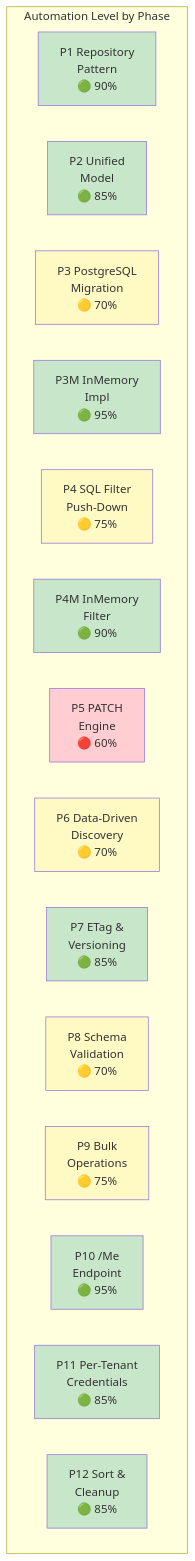
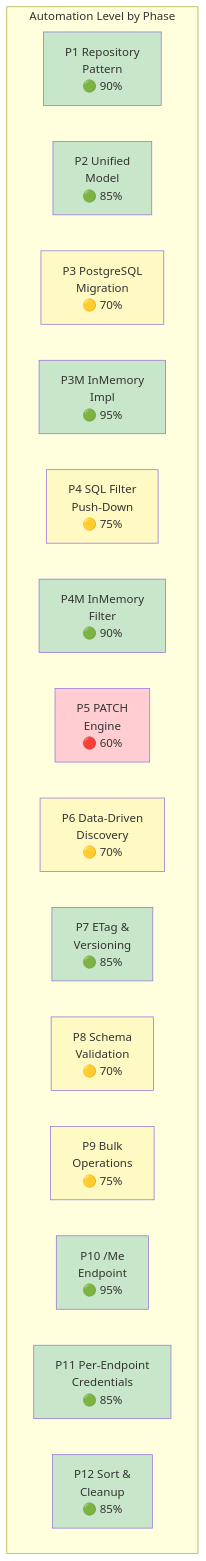
One commit to pranems/SCIMServer changed the fourth of 17 diagrams in docs/MIGRATION_AUTOMATION_STRATEGY_v1_2026-02-20.md. Above: the diagram before and after it, drawn with Mermaid. The commit also changed other lines of this file and 288 other files, not shown here.

````diff
--- a/docs/MIGRATION_AUTOMATION_STRATEGY_v1_2026-02-20.md
+++ b/docs/MIGRATION_AUTOMATION_STRATEGY_v1_2026-02-20.md
@@ -168,35 +168,35 @@
 ```mermaid
 flowchart TB
     subgraph HEATMAP["Automation Level by Phase"]
         direction LR
         P1["P1 Repository<br/>Pattern<br/>🟢 90%"]
         P2["P2 Unified<br/>Model<br/>🟢 85%"]
         P3_PG["P3 PostgreSQL<br/>Migration<br/>🟡 70%"]
         P3_MEM["P3M InMemory<br/>Impl<br/>🟢 95%"]
         P4_PG["P4 SQL Filter<br/>Push-Down<br/>🟡 75%"]
         P4_MEM["P4M InMemory<br/>Filter<br/>🟢 90%"]
         P5["P5 PATCH<br/>Engine<br/>🔴 60%"]
         P6["P6 Data-Driven<br/>Discovery<br/>🟡 70%"]
         P7["P7 ETag &<br/>Versioning<br/>🟢 85%"]
         P8["P8 Schema<br/>Validation<br/>🟡 70%"]
         P9["P9 Bulk<br/>Operations<br/>🟡 75%"]
         P10["P10 /Me<br/>Endpoint<br/>🟢 95%"]
-        P11["P11 Per-Tenant<br/>Credentials<br/>🟢 85%"]
+        P11["P11 Per-Endpoint<br/>Credentials<br/>🟢 85%"]
         P12["P12 Sort &<br/>Cleanup<br/>🟢 85%"]
     end
 
     style P1 fill:#c8e6c9,color:#333
     style P2 fill:#c8e6c9,color:#333
     style P3_PG fill:#fff9c4,color:#333
     style P3_MEM fill:#c8e6c9,color:#333
     style P4_PG fill:#fff9c4,color:#333
     style P4_MEM fill:#c8e6c9,color:#333
     style P5 fill:#ffcdd2,color:#333
     style P6 fill:#fff9c4,color:#333
     style P7 fill:#c8e6c9,color:#333
     style P8 fill:#fff9c4,color:#333
     style P9 fill:#fff9c4,color:#333
     style P10 fill:#c8e6c9,color:#333
     style P11 fill:#c8e6c9,color:#333
     style P12 fill:#c8e6c9,color:#333
 ```
````
